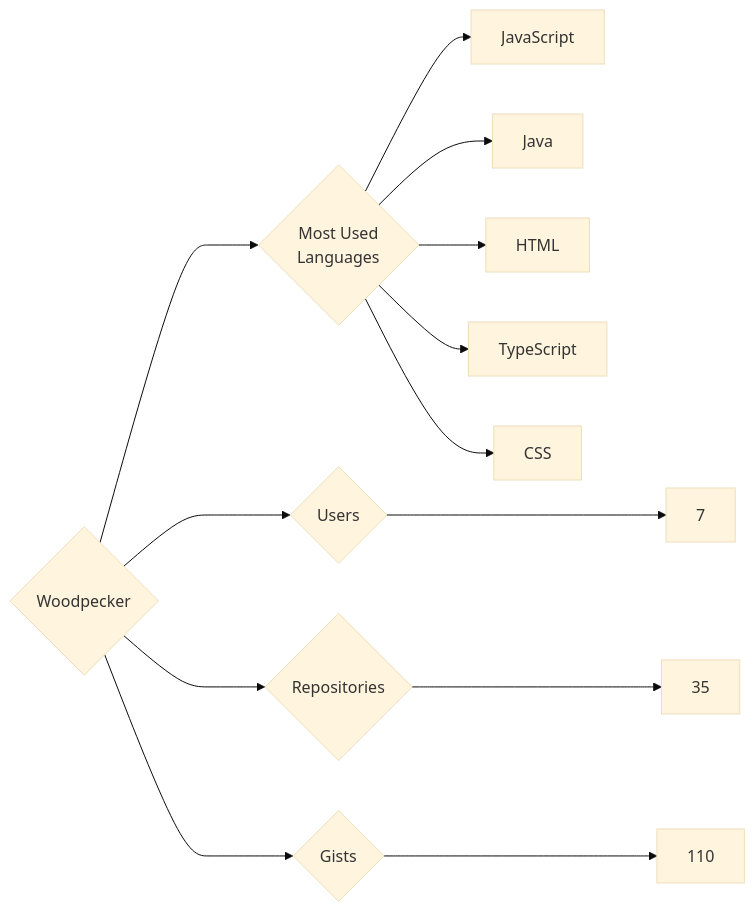
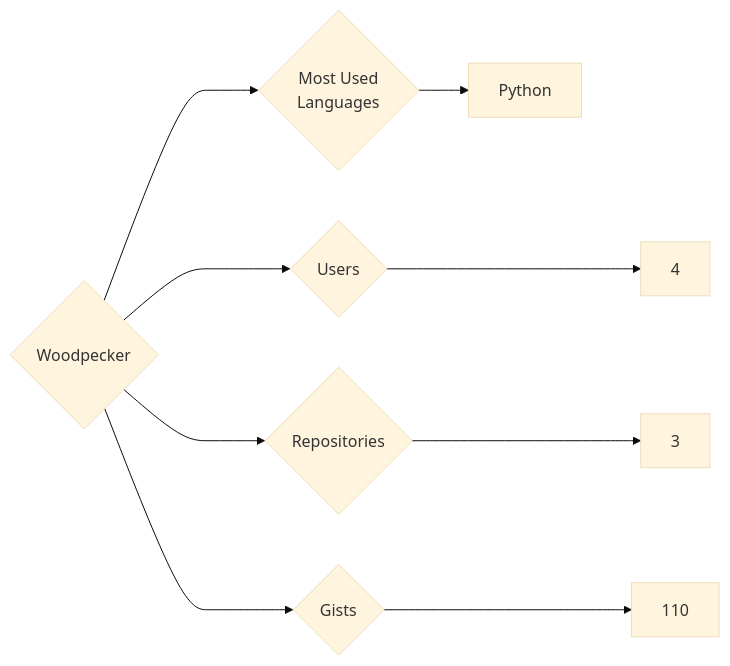
Before and after one commit to trickest/insiders: the diagram in targets/Woodpecker/README.md, drawn with Mermaid (base theme). The commit also changed 895 other files, not shown here.

````diff
--- a/targets/Woodpecker/README.md
+++ b/targets/Woodpecker/README.md
@@ -3,13 +3,9 @@
 ```mermaid
 graph LR
 COMPANY_NAME{Woodpecker}
-COMPANY_NAME ---> U{Users} ---> UN[7]
-COMPANY_NAME ---> R{Repositories} ---> RN[35]
+COMPANY_NAME ---> U{Users} ---> UN[4]
+COMPANY_NAME ---> R{Repositories} ---> RN[3]
 COMPANY_NAME ---> G{Gists} ---> GN[110]
 COMPANY_NAME ---> ML{Most Used<br>Languages}
-ML --> JavaScript[JavaScript]
-ML --> Java[Java]
-ML --> HTML[HTML]
-ML --> TypeScript[TypeScript]
-ML --> CSS[CSS]
+ML --> Python[Python]
 ```
````
